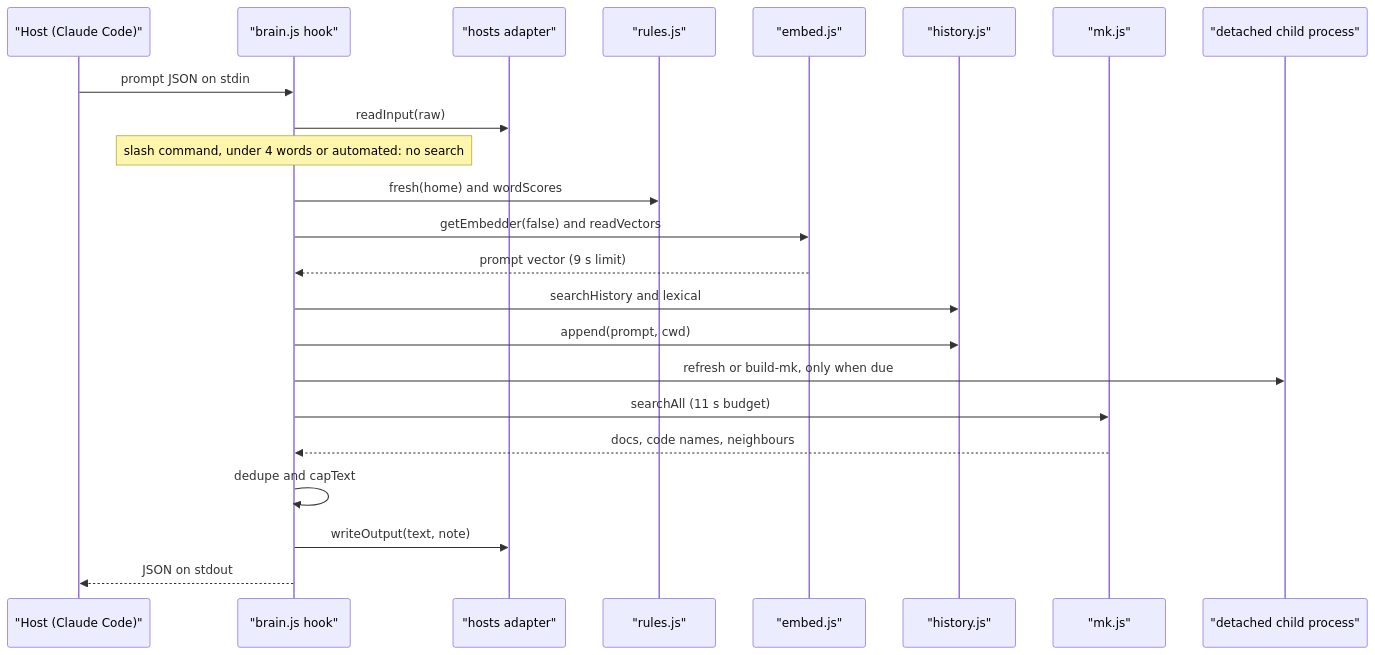
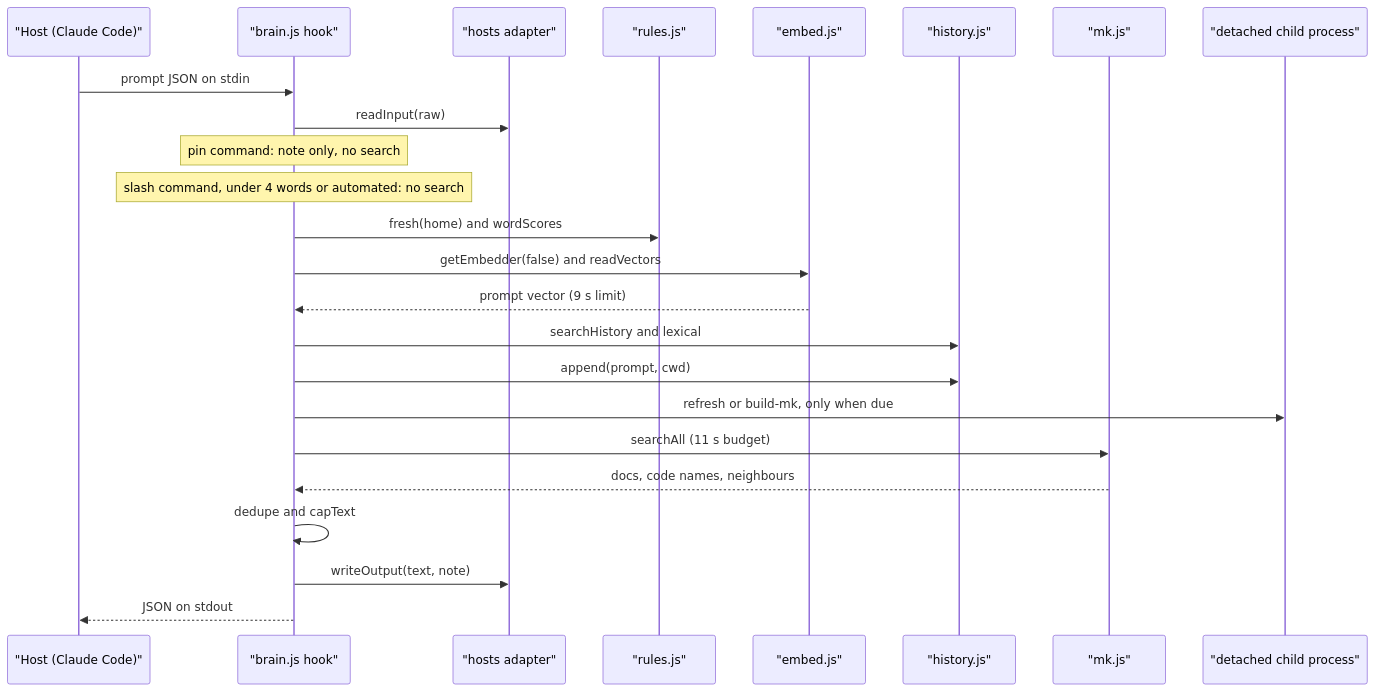
One commit to ThanhNVan/gabriel-plugin changed the second of 2 diagrams in repo-docs/technical/01-architecture.md. Above: the diagram before and after it, drawn with Mermaid. The commit also changed other lines of this file and 32 other files, not shown here.

````diff
--- a/repo-docs/technical/01-architecture.md
+++ b/repo-docs/technical/01-architecture.md
@@ -95,25 +95,26 @@
 ```mermaid
 sequenceDiagram
   participant Host as "Host (Claude Code)"
   participant B as "brain.js hook"
   participant Ad as "hosts adapter"
   participant R as "rules.js"
   participant E as "embed.js"
   participant HI as "history.js"
   participant M as "mk.js"
   participant BG as "detached child process"
   Host->>B: prompt JSON on stdin
   B->>Ad: readInput(raw)
+  Note over B: pin command: note only, no search
   Note over B: slash command, under 4 words or automated: no search
   B->>R: fresh(home) and wordScores
   B->>E: getEmbedder(false) and readVectors
   E-->>B: prompt vector (9 s limit)
   B->>HI: searchHistory and lexical
   B->>HI: append(prompt, cwd)
   B->>BG: refresh or build-mk, only when due
   B->>M: searchAll (11 s budget)
   M-->>B: docs, code names, neighbours
   B->>B: dedupe and capText
   B->>Ad: writeOutput(text, note)
   B-->>Host: JSON on stdout
 ```
````
